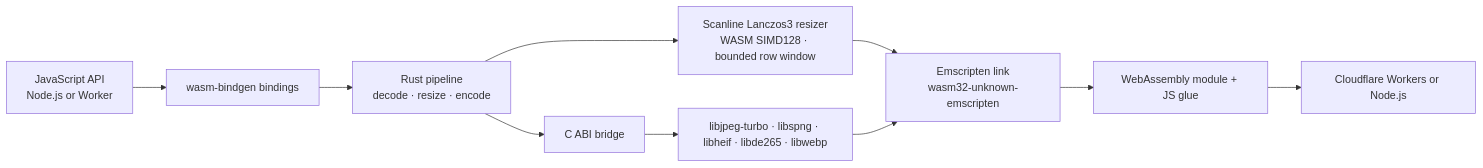
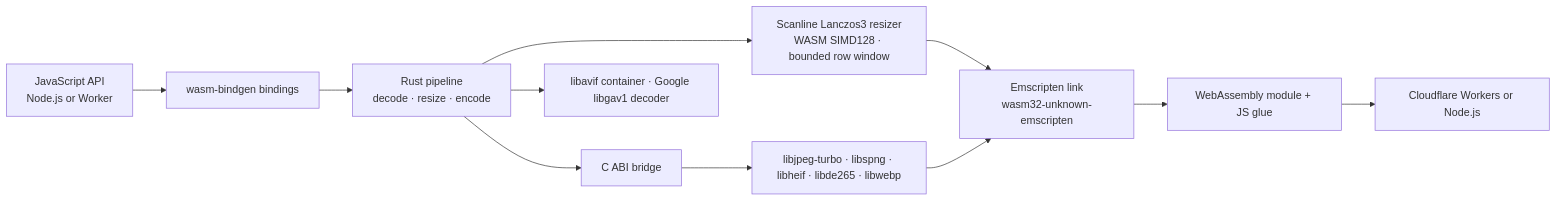
The diagram in README.md (mutables-app/image-optimizer), drawn with Mermaid before and after one commit. The commit also changed other lines of this file and 20 other files, not shown here.

````diff
--- a/README.md
+++ b/README.md
@@ -25,12 +25,13 @@
 ```mermaid
 flowchart LR
   API[JavaScript API<br/>Node.js or Worker] --> BIND[wasm-bindgen bindings]
   BIND --> RUST[Rust pipeline<br/>decode · resize · encode]
   RUST --> RESIZE[Scanline Lanczos3 resizer<br/>WASM SIMD128 · bounded row window]
   RUST --> CABI[C ABI bridge]
   CABI --> CODECS[libjpeg-turbo · libspng · libheif · libde265 · libwebp]
+  RUST --> AVIF[libavif container · Google libgav1 decoder]
   RESIZE --> LINK[Emscripten link<br/>wasm32-unknown-emscripten]
   CODECS --> LINK
   LINK --> WASM[WebAssembly module + JS glue]
   WASM --> HOST[Cloudflare Workers or Node.js]
 ```
````
